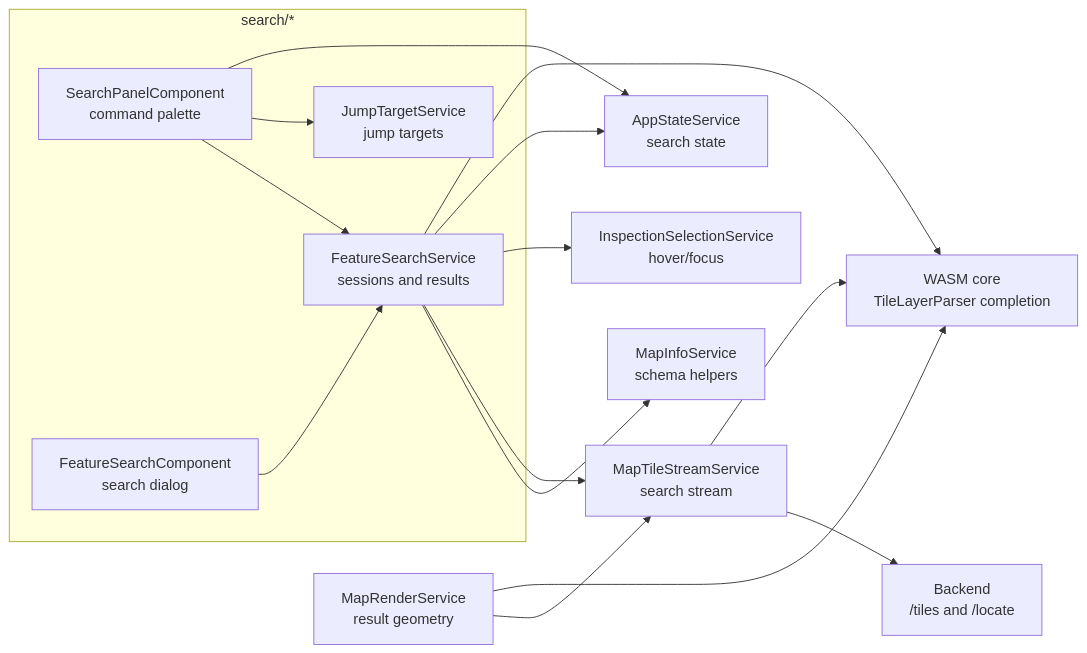
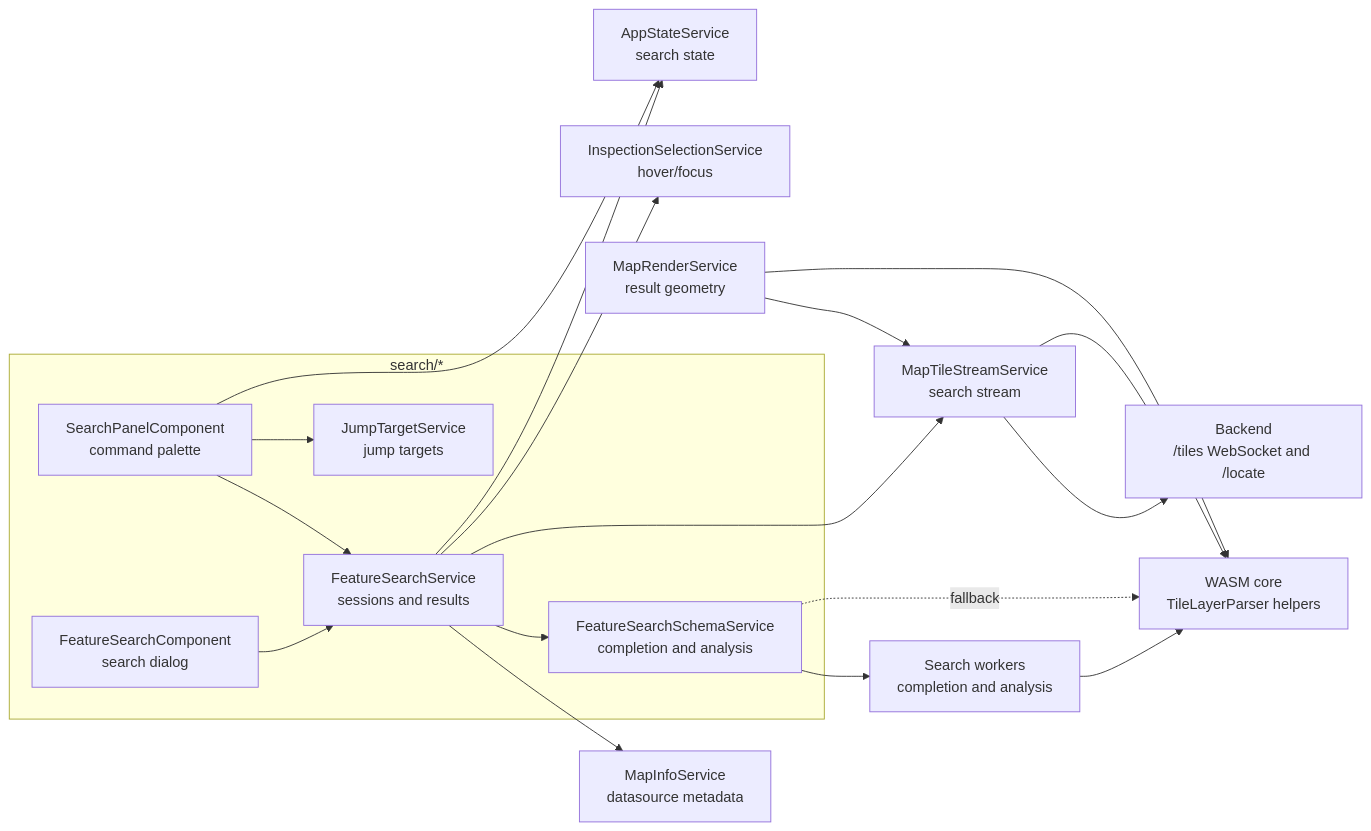
One commit to ndsev/erdblick changed the fifth of 10 diagrams in docs/erdblick-dev-guide.md. Above: the diagram before and after it, drawn with Mermaid. The commit also changed other lines of this file and 19 other files, not shown here.

````diff
--- a/docs/erdblick-dev-guide.md
+++ b/docs/erdblick-dev-guide.md
@@ -346,31 +346,36 @@
 ```mermaid
 flowchart LR
   subgraph search_dir[search/*]
     SearchPanel[SearchPanelComponent<br>command palette]
     FeatureSearch[FeatureSearchComponent<br>search dialog]
     SearchSvc[FeatureSearchService<br>sessions and results]
+    SchemaSvc[FeatureSearchSchemaService<br>completion and analysis]
     JumpSvc[JumpTargetService<br>jump targets]
   end
-  MapInfo[MapInfoService<br>schema helpers]
+  MapInfo[MapInfoService<br>datasource metadata]
+  Workers[Search workers<br>completion and analysis]
   TileStream[MapTileStreamService<br>search stream]
   RenderSvc[MapRenderService<br>result geometry]
   InspectionSelection[InspectionSelectionService<br>hover/focus]
   State[AppStateService<br>search state]
-  Core[WASM core<br>TileLayerParser completion]
-  Backend[Backend<br>/tiles and /locate]
+  Core[WASM core<br>TileLayerParser helpers]
+  Backend[Backend<br>/tiles WebSocket and /locate]
 
   SearchPanel --> SearchSvc
   SearchPanel --> JumpSvc
   SearchPanel --> State
   FeatureSearch --> SearchSvc
 
   SearchSvc --> MapInfo
+  SearchSvc --> SchemaSvc
   SearchSvc --> TileStream
   SearchSvc --> InspectionSelection
   SearchSvc --> State
-  SearchSvc --> Core
+  SchemaSvc --> Workers
+  Workers --> Core
+  SchemaSvc -.fallback.-> Core
   TileStream --> Backend
   TileStream --> Core
   RenderSvc --> TileStream
   RenderSvc --> Core
 ```
````
